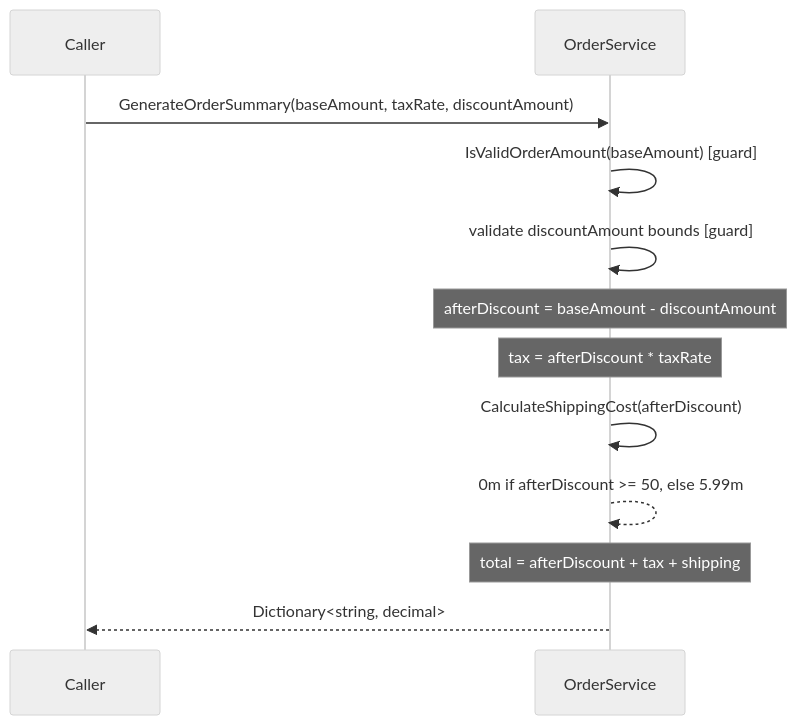
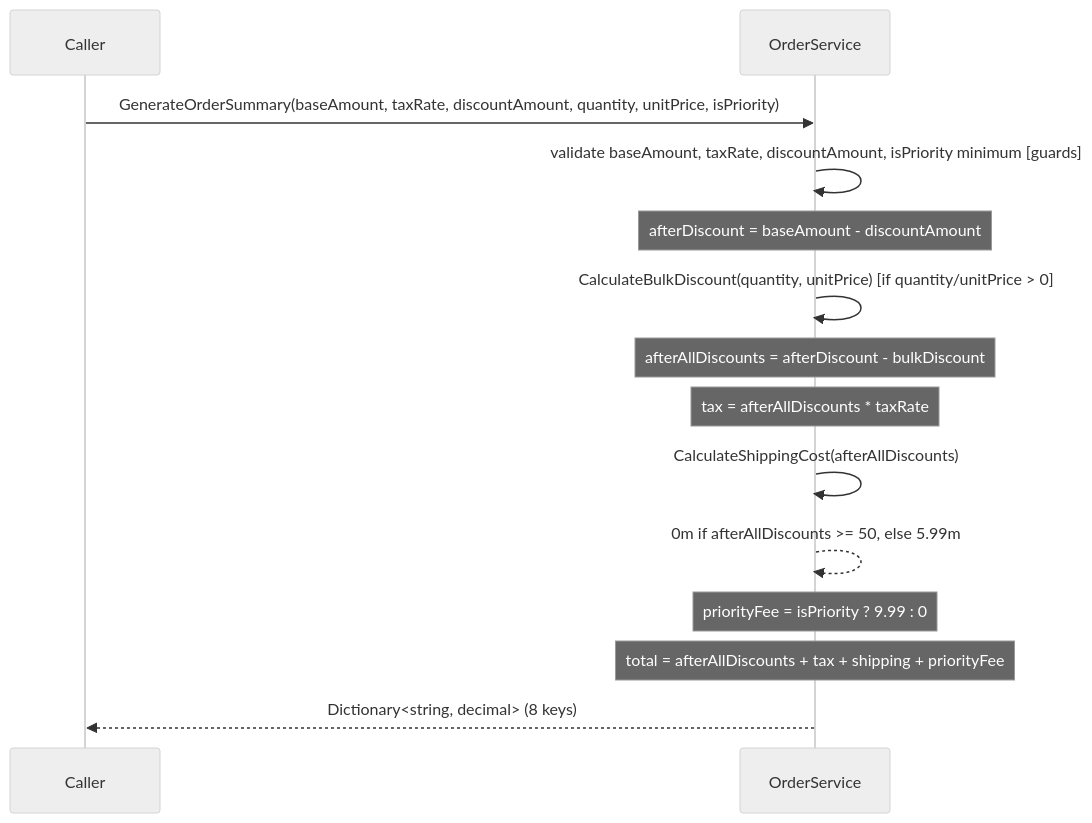
The third of 3 diagrams in docs/CODEBASE_MAP.md (devperson/claudeTestProject), drawn with Mermaid (neutral theme) before and after one commit. The commit also changed other lines of this file, not shown here.

````diff
--- a/docs/CODEBASE_MAP.md
+++ b/docs/CODEBASE_MAP.md
@@ -189,15 +201,17 @@
 ```mermaid
 sequenceDiagram
     participant C as Caller
     participant OS as OrderService
 
-    C->>OS: GenerateOrderSummary(baseAmount, taxRate, discountAmount)
-    OS->>OS: IsValidOrderAmount(baseAmount) [guard]
-    OS->>OS: validate discountAmount bounds [guard]
+    C->>OS: GenerateOrderSummary(baseAmount, taxRate, discountAmount, quantity, unitPrice, isPriority)
+    OS->>OS: validate baseAmount, taxRate, discountAmount, isPriority minimum [guards]
     Note over OS: afterDiscount = baseAmount - discountAmount
-    Note over OS: tax = afterDiscount * taxRate
-    OS->>OS: CalculateShippingCost(afterDiscount)
-    OS-->>OS: 0m if afterDiscount >= 50, else 5.99m
-    Note over OS: total = afterDiscount + tax + shipping
-    OS-->>C: Dictionary<string, decimal>
+    OS->>OS: CalculateBulkDiscount(quantity, unitPrice) [if quantity/unitPrice > 0]
+    Note over OS: afterAllDiscounts = afterDiscount - bulkDiscount
+    Note over OS: tax = afterAllDiscounts * taxRate
+    OS->>OS: CalculateShippingCost(afterAllDiscounts)
+    OS-->>OS: 0m if afterAllDiscounts >= 50, else 5.99m
+    Note over OS: priorityFee = isPriority ? 9.99 : 0
+    Note over OS: total = afterAllDiscounts + tax + shipping + priorityFee
+    OS-->>C: Dictionary<string, decimal> (8 keys)
 ```
````
